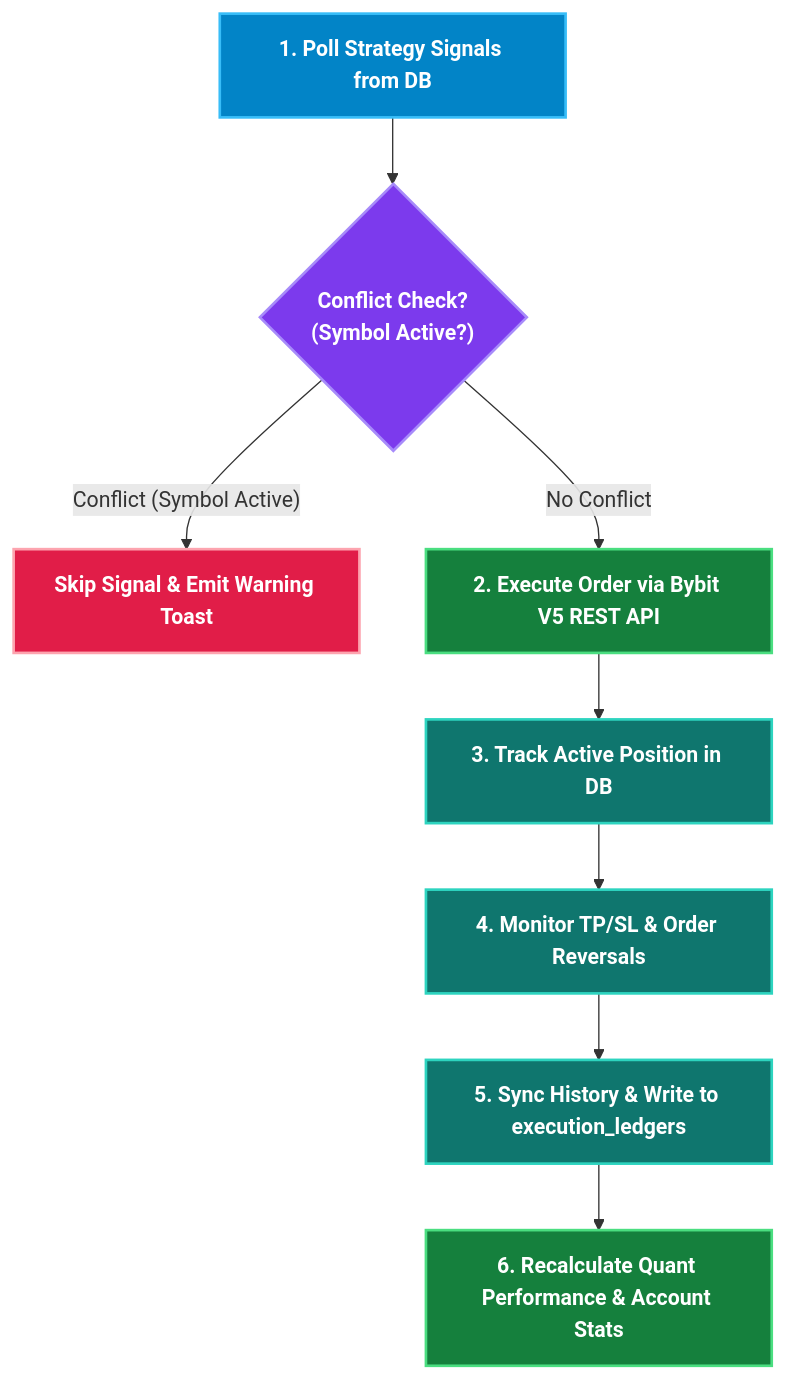
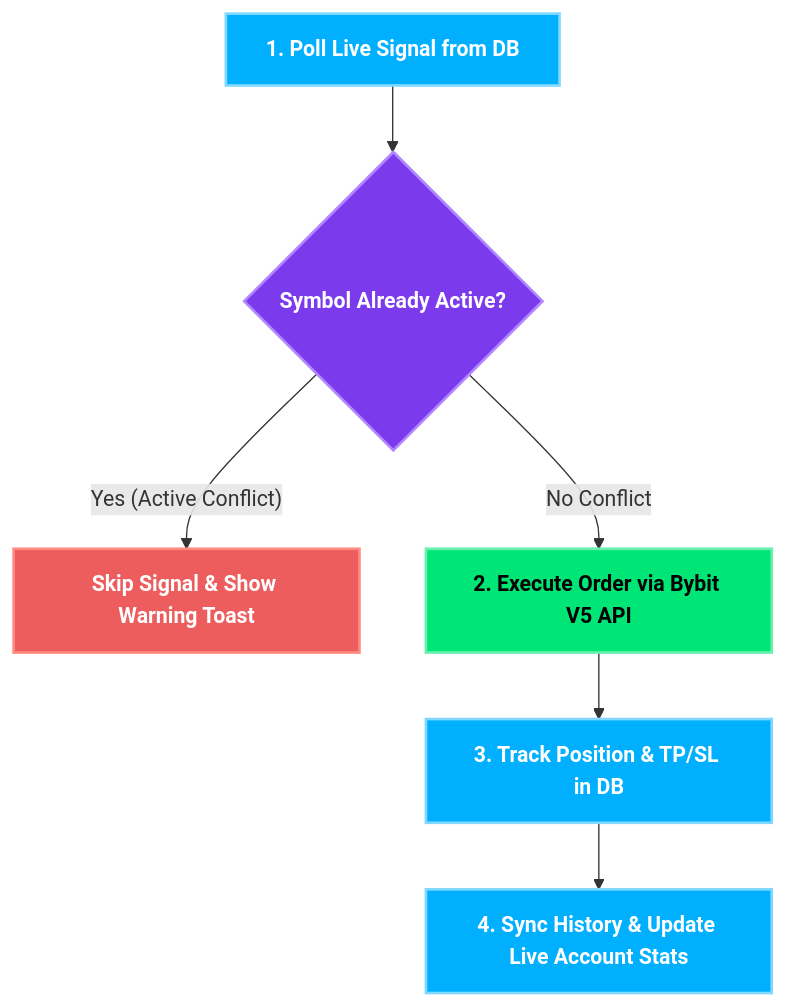
One commit to 21Afnan/cryptosight changed the third of 3 diagrams in README.md. Above: the diagram before and after it, drawn with Mermaid. The commit also changed other lines of this file, not shown here.

````diff
--- a/README.md
+++ b/README.md
@@ -123,22 +148,20 @@
 ```mermaid
 flowchart TD
-    A["1. Poll Strategy Signals from DB"] --> B{"Conflict Check?\n(Symbol Active?)"}
-    B -- "Conflict (Symbol Active)" --> C["Skip Signal & Emit Warning Toast"]
-    B -- "No Conflict" --> D["2. Execute Order via Bybit V5 REST API"]
-    D --> E["3. Track Active Position in DB"]
-    E --> F["4. Monitor TP/SL & Order Reversals"]
-    F --> G["5. Sync History & Write to execution_ledgers"]
-    G --> H["6. Recalculate Quant Performance & Account Stats"]
+    A["1. Poll Live Signal from DB"] --> B{"Symbol Already Active?"}
+    B -- "Yes (Active Conflict)" --> C["Skip Signal & Show Warning Toast"]
+    B -- "No Conflict" --> D["2. Execute Order via Bybit V5 API"]
+    D --> E["3. Track Position & TP/SL in DB"]
+    E --> F["4. Sync History & Update Live Account Stats"]
 
-    classDef startNode fill:#0284c7,stroke:#38bdf8,stroke-width:2px,color:#ffffff,font-weight:bold;
-    classDef decision fill:#7c3aed,stroke:#a78bfa,stroke-width:2px,color:#ffffff,font-weight:bold;
-    classDef warning fill:#e11d48,stroke:#fda4af,stroke-width:2px,color:#ffffff,font-weight:bold;
-    classDef success fill:#15803d,stroke:#4ade80,stroke-width:2px,color:#ffffff,font-weight:bold;
-    classDef stepNode fill:#0f766e,stroke:#2dd4bf,stroke-width:2px,color:#ffffff,font-weight:bold;
+    classDef startNode fill:#00b0ff,stroke:#80d8ff,stroke-width:2px,color:#ffffff,font-weight:bold;
+    classDef decision fill:#7c3aed,stroke:#b388ff,stroke-width:2px,color:#ffffff,font-weight:bold;
+    classDef warning fill:#EE5D5D,stroke:#ff8a80,stroke-width:2px,color:#ffffff,font-weight:bold;
+    classDef success fill:#00E676,stroke:#69f0ae,stroke-width:2px,color:#000000,font-weight:bold;
+    classDef stepNode fill:#00b0ff,stroke:#80d8ff,stroke-width:2px,color:#ffffff,font-weight:bold;
 
     class A startNode;
     class B decision;
     class C warning;
-    class D,H success;
-    class E,F,G stepNode;
+    class D success;
+    class E,F stepNode;
 ```
````
